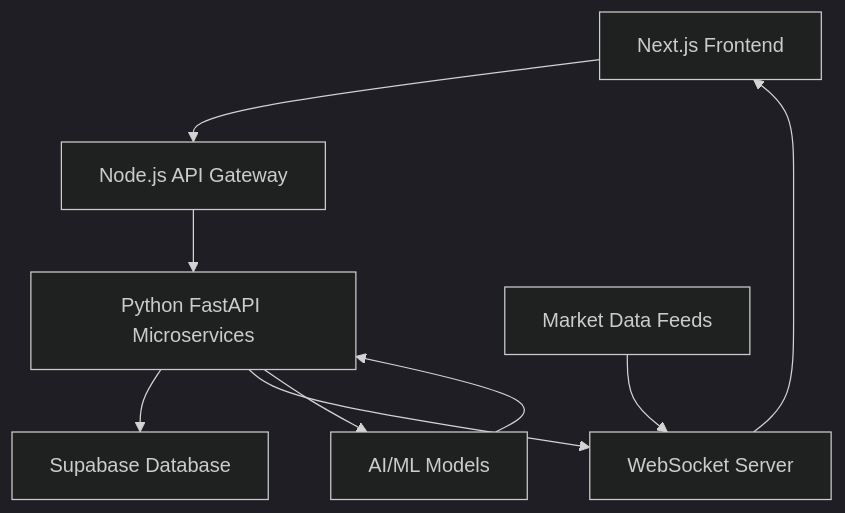
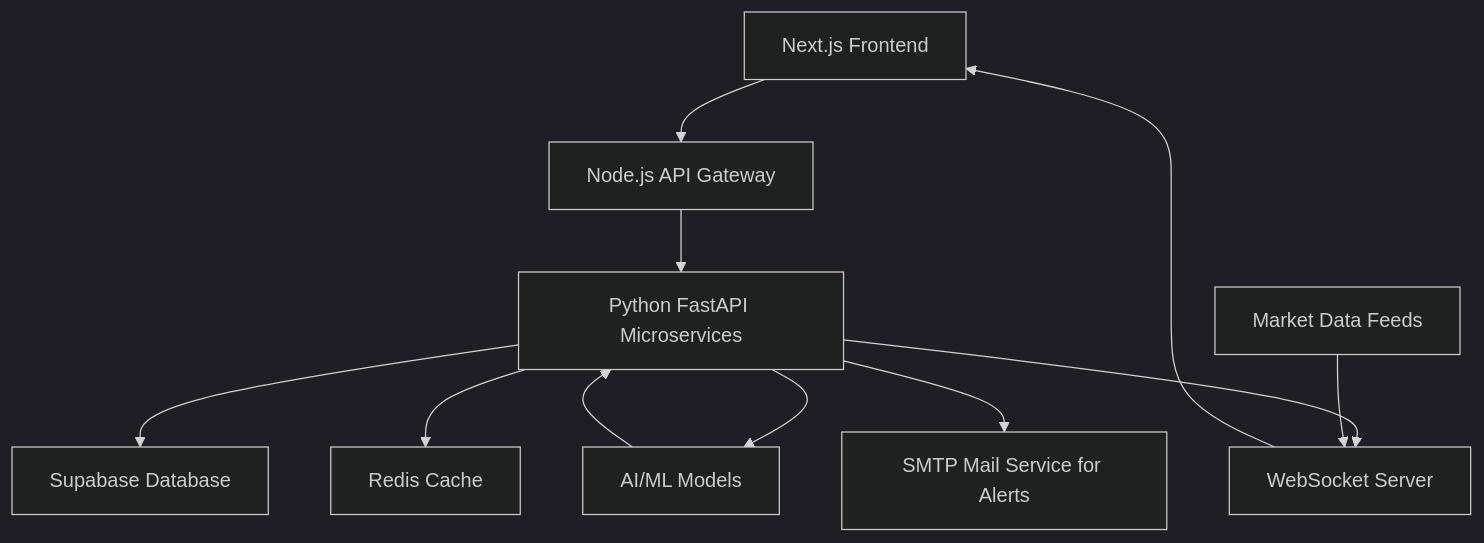
One commit to acphotinakis/TradeSync changed the diagram in README.md. Above: the diagram before and after it, drawn with Mermaid (dark theme). The commit also changed other lines of this file, not shown here.

`````diff
--- a/README.md
+++ b/README.md
@@ -45,11 +54,13 @@
 ```mermaid
 graph TB
     A[Next.js Frontend] --> B[Node.js API Gateway]
     B --> C[Python FastAPI Microservices]
     C --> D[Supabase Database]
     C --> E[WebSocket Server]
     C --> F[AI/ML Models]
+    C --> R[Redis Cache]
+    C --> S[SMTP Mail Service for Alerts]
     G[Market Data Feeds] --> E
     E --> A
     F --> C
-```
+````
`````
